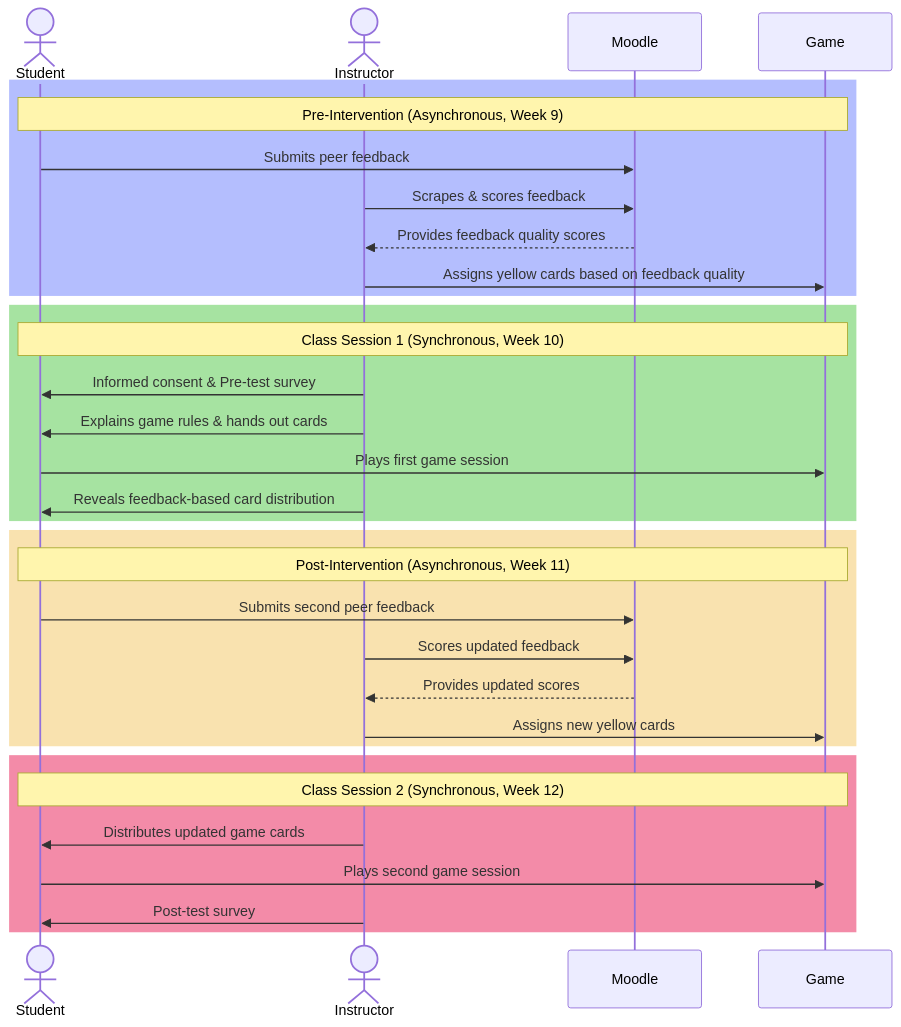
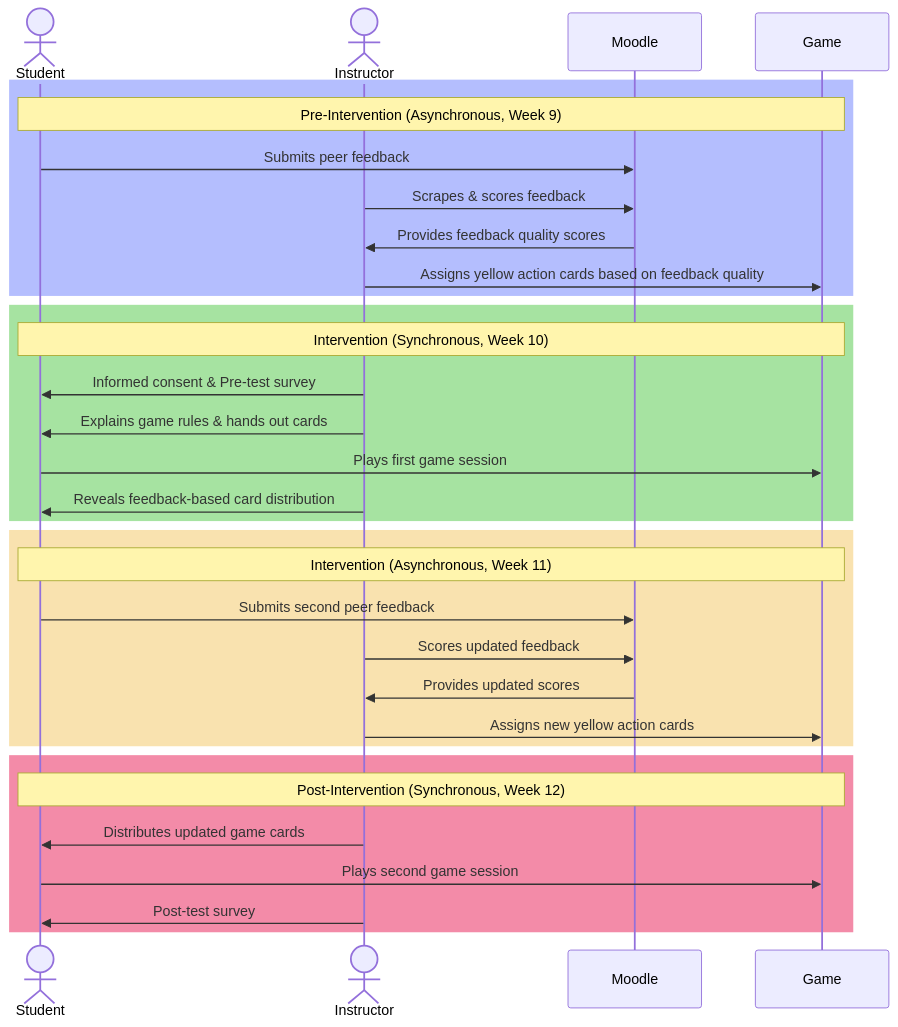
Before and after one commit to VikramSinghMTL/singh.gg: the diagram in src/site/notes/50 Works/Research/Methodology.md, drawn with Mermaid. The commit also changed other lines of this file and 28 other files, not shown here.

````diff
--- a/src/site/notes/50 Works/Research/Methodology.md
+++ b/src/site/notes/50 Works/Research/Methodology.md
@@ -20,39 +29,39 @@
 ```mermaid
 sequenceDiagram
     %% Define Actors
     actor Student
     actor Instructor
     participant Moodle
     participant Game
 
     rect rgb(180, 190, 254) # Light blue for Pre-Intervention (Async)
     Note over Student, Game: Pre-Intervention (Asynchronous, Week 9)
     Student->>Moodle: Submits peer feedback
     Instructor->>Moodle: Scrapes & scores feedback
-    Moodle-->>Instructor: Provides feedback quality scores
-    Instructor->>Game: Assigns yellow cards based on feedback quality
+    Moodle->>Instructor: Provides feedback quality scores
+    Instructor->>Game: Assigns yellow action cards based on feedback quality
     end
 
     rect rgb(166, 227, 161) # Light green for Class Session 1 (Sync)
-    Note over Student, Game: Class Session 1 (Synchronous, Week 10)
+    Note over Student, Game: Intervention (Synchronous, Week 10)
     Instructor->>Student: Informed consent & Pre-test survey
     Instructor->>Student: Explains game rules & hands out cards
     Student->>Game: Plays first game session
     Instructor->>Student: Reveals feedback-based card distribution
     end
 
     rect rgb(249, 226, 175) # Light yellow for Post-Intervention (Async)
-    Note over Student, Game: Post-Intervention (Asynchronous, Week 11)
+    Note over Student, Game: Intervention (Asynchronous, Week 11)
     Student->>Moodle: Submits second peer feedback
     Instructor->>Moodle: Scores updated feedback
-    Moodle-->>Instructor: Provides updated scores
-    Instructor->>Game: Assigns new yellow cards
+    Moodle->>Instructor: Provides updated scores
+    Instructor->>Game: Assigns new yellow action cards
     end
 
     rect rgb(243, 139, 168) # Light red for Class Session 2 (Sync)
-    Note over Student, Game: Class Session 2 (Synchronous, Week 12)
+    Note over Student, Game: Post-Intervention (Synchronous, Week 12)
     Instructor->>Student: Distributes updated game cards
     Student->>Game: Plays second game session
     Instructor->>Student: Post-test survey
     end
 ```
````
